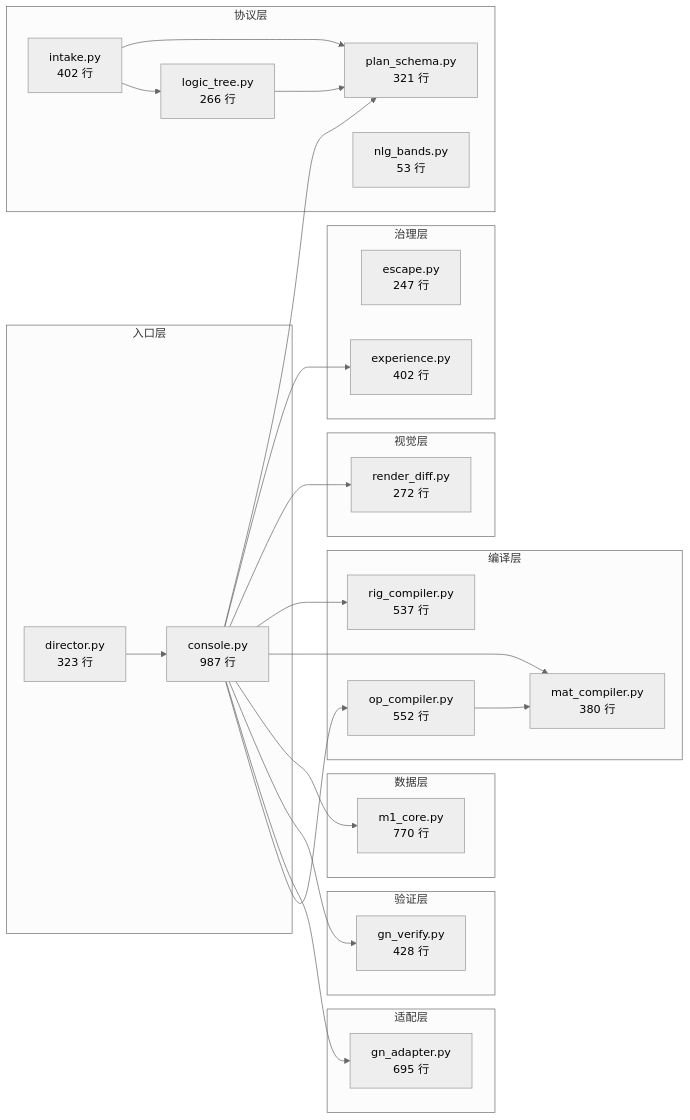
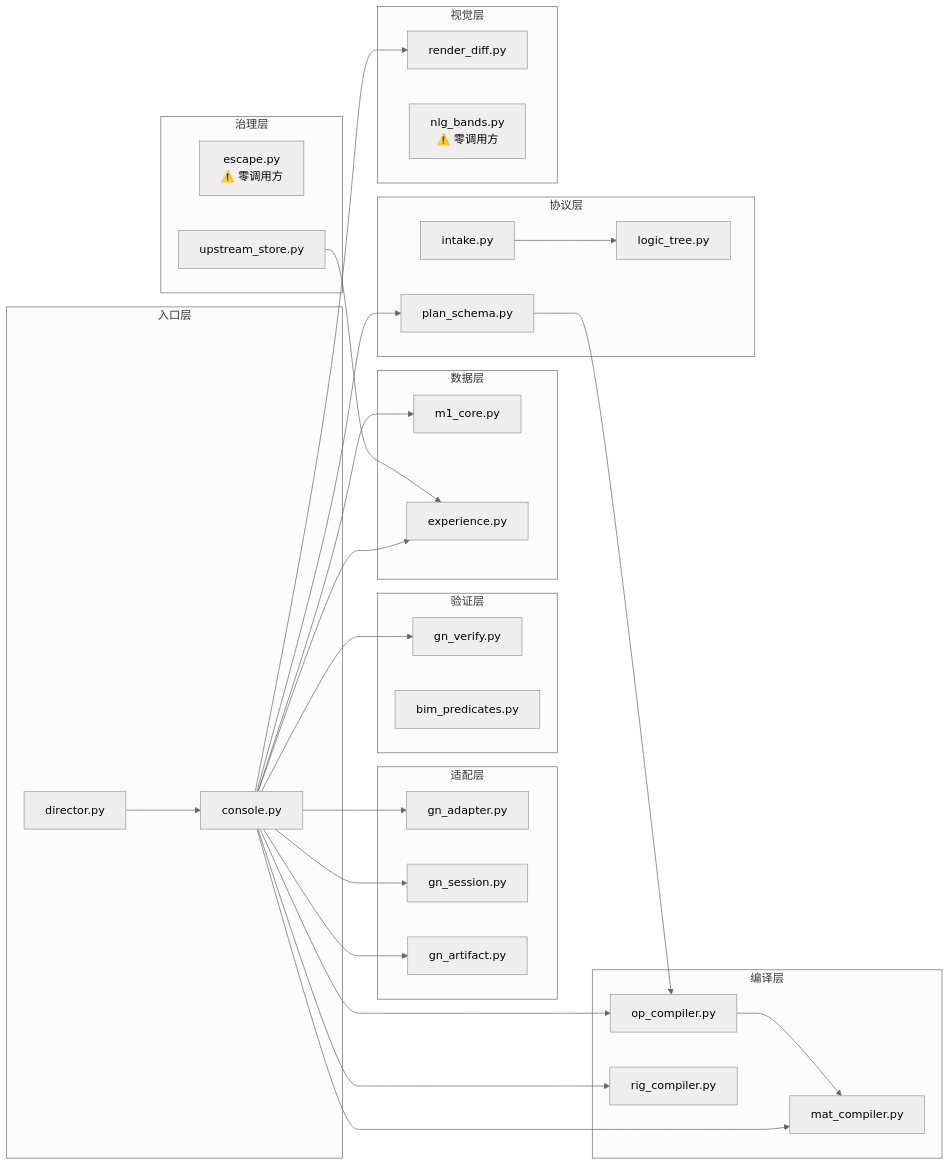
The second of 7 diagrams in docs/architecture/architecture_diagrams.md (master666-max/blender-ai-console), drawn with Mermaid (neutral theme) before and after one commit. The commit also changed other lines of this file and 1 other file, not shown here.

First line of the commit message:
docs: 架构图集 v2——AST 数据锚重制，验收六条全裁决（含 v1→v2 修正记录）

````diff
--- a/docs/architecture/architecture_diagrams.md
+++ b/docs/architecture/architecture_diagrams.md
@@ -81,56 +102,62 @@
 ```mermaid
 graph LR
     subgraph ENTRY["入口层"]
-        CONSOLE["console.py<br/>987 行"]
-        DIR["director.py<br/>323 行"]
+        CONSOLE["console.py"]
+        DIR["director.py"]
     end
 
     subgraph COMPILE["编译层"]
-        OC["op_compiler.py<br/>552 行"]
-        MC["mat_compiler.py<br/>380 行"]
-        RC["rig_compiler.py<br/>537 行"]
+        OC["op_compiler.py"]
+        MC["mat_compiler.py"]
+        RC["rig_compiler.py"]
     end
 
     subgraph ADAPT["适配层"]
-        GA["gn_adapter.py<br/>695 行"]
+        GA["gn_adapter.py"]
+        GS["gn_session.py"]
+        ART["gn_artifact.py"]
     end
 
     subgraph VERIFY["验证层"]
-        GV["gn_verify.py<br/>428 行"]
+        GV["gn_verify.py"]
+        BIM["bim_predicates.py"]
     end
 
     subgraph DATA["数据层"]
-        M1["m1_core.py<br/>770 行"]
+        M1["m1_core.py"]
+        EXP["experience.py"]
     end
 
     subgraph PROTO["协议层"]
-        INTAKE["intake.py<br/>402 行"]
-        LT["logic_tree.py<br/>266 行"]
-        PS["plan_schema.py<br/>321 行"]
-        NLG["nlg_bands.py<br/>53 行"]
+        INTAKE["intake.py"]
+        LT["logic_tree.py"]
+        PS["plan_schema.py"]
+    end
+
+    subgraph VISUAL["视觉层"]
+        RD["render_diff.py"]
+        NLG["nlg_bands.py<br/>⚠️ 零调用方"]
     end
 
     subgraph GOV["治理层"]
-        ESC["escape.py<br/>247 行"]
-        EXP["experience.py<br/>402 行"]
-    end
-
-    subgraph VISUAL["视觉层"]
-        RD["render_diff.py<br/>272 行"]
+        ESC["escape.py<br/>⚠️ 零调用方"]
+        US["upstream_store.py"]
     end
 
     CONSOLE --> OC
+    CONSOLE --> MC
+    CONSOLE --> RC
     CONSOLE --> GA
+    CONSOLE --> GS
+    CONSOLE --> ART
     CONSOLE --> GV
     CONSOLE --> M1
-    CONSOLE --> MC
-    CONSOLE --> RC
-    CONSOLE --> RD
     CONSOLE --> EXP
     CONSOLE --> PS
+    CONSOLE --> RD
     OC --> MC
+    PS --> OC
     DIR --> CONSOLE
     INTAKE --> LT
-    INTAKE --> PS
-    LT --> PS
+    US --> EXP
 ```
````
